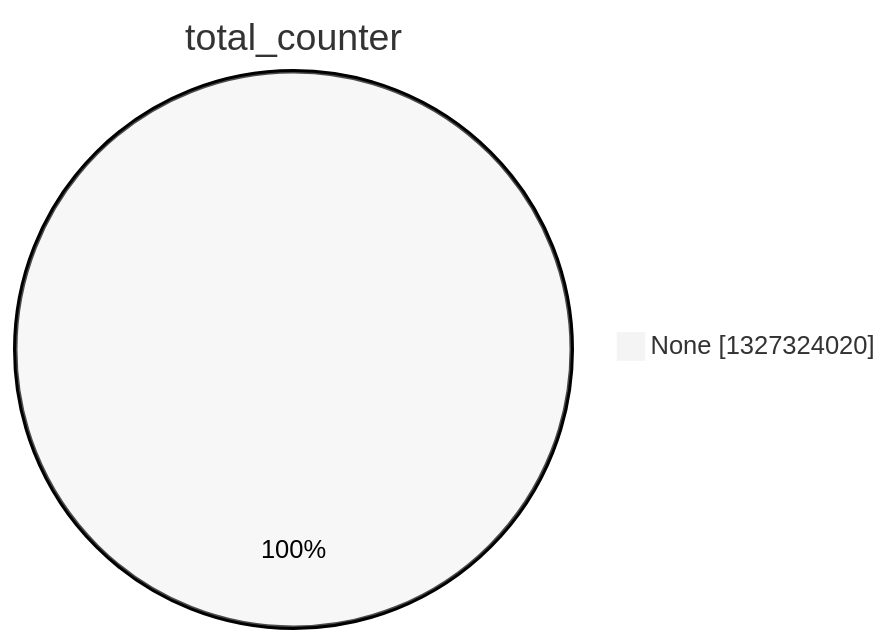
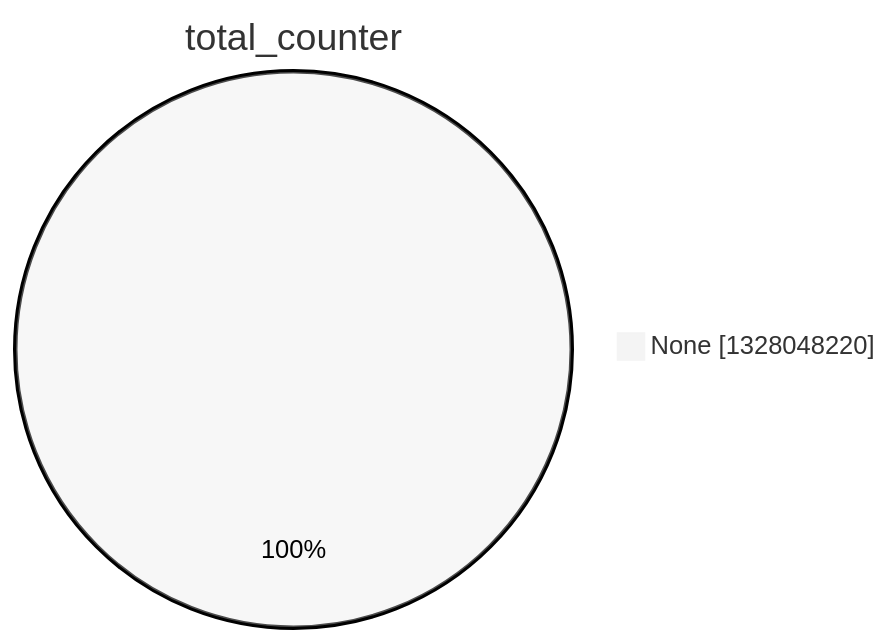
One commit to christiankrug/ctmonitor_visualization changed the second of 15 diagrams in argon2022/README.md. Above: the diagram before and after it, drawn with Mermaid (neutral theme). The commit also changed other lines of this file, not shown here.

````diff
--- a/argon2022/README.md
+++ b/argon2022/README.md
@@ -9,5 +9,5 @@
 ```mermaid
 pie showData
 title total_counter
-"None" :1327324020
+"None" :1328048220
 ```
````
